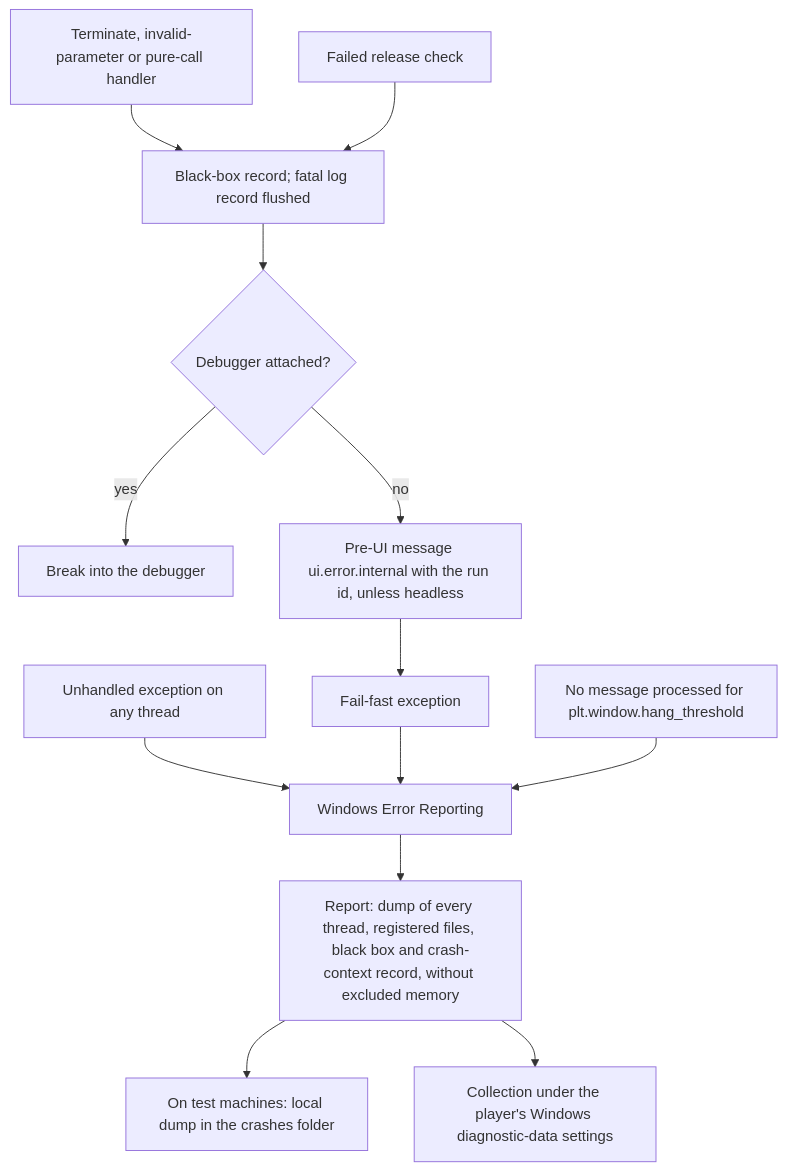
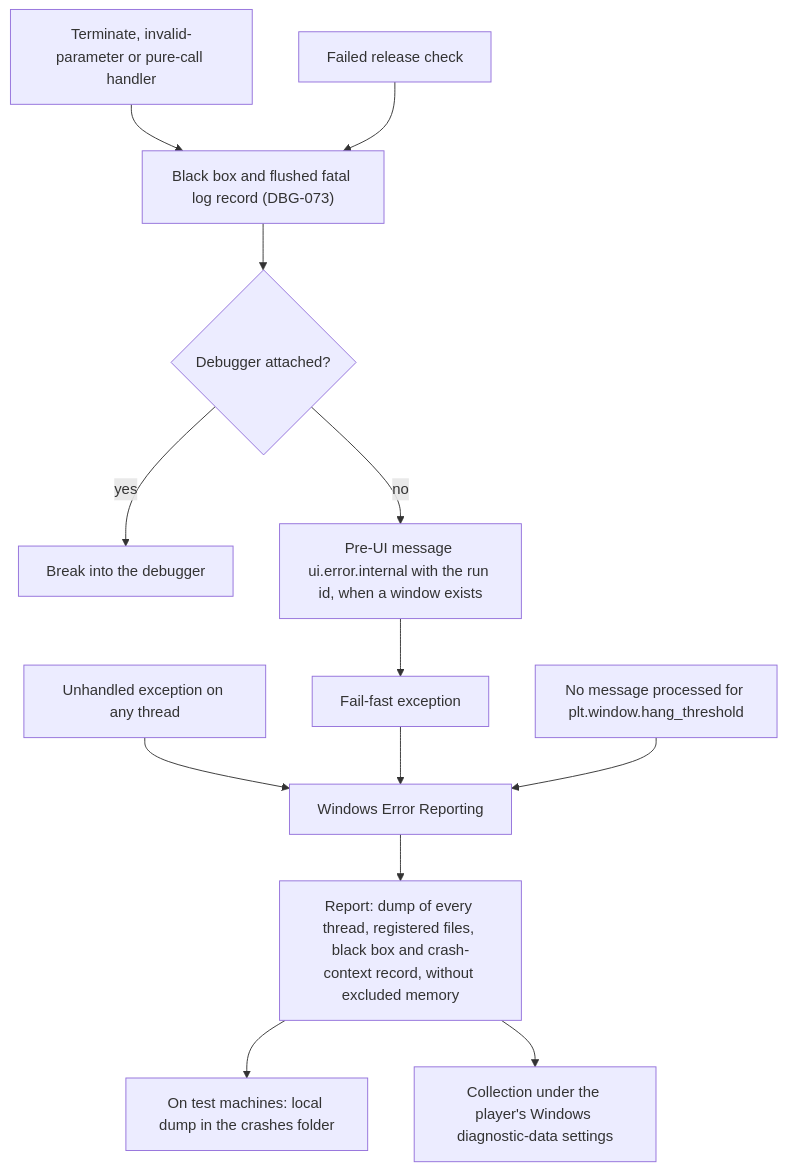
One commit to Zwaliebaba/Species.AI changed the fifth of 5 diagrams in design_next/architecture/components/platform_layer.md. Above: the diagram before and after it, drawn with Mermaid. The commit also changed other lines of this file and 12 other files, not shown here.

````diff
--- a/design_next/architecture/components/platform_layer.md
+++ b/design_next/architecture/components/platform_layer.md
@@ -948,15 +860,15 @@
 ```mermaid
 flowchart TD
   U["Unhandled exception on any thread"] --> WER["Windows Error Reporting"]
-  H["Terminate, invalid-parameter or pure-call handler"] --> R["Black-box record; fatal log record flushed"]
+  H["Terminate, invalid-parameter or pure-call handler"] --> R["Black box and flushed fatal log record (DBG-073)"]
   C["Failed release check"] --> R
   R --> DB{"Debugger attached?"}
   DB -- yes --> BRK["Break into the debugger"]
-  DB -- no --> MSG["Pre-UI message ui.error.internal with the run id, unless headless"]
+  DB -- no --> MSG["Pre-UI message ui.error.internal with the run id, when a window exists"]
   MSG --> FF["Fail-fast exception"]
   FF --> WER
   NR["No message processed for plt.window.hang_threshold"] --> WER
   WER --> REP["Report: dump of every thread, registered files, black box and crash-context record, without excluded memory"]
   REP --> LD["On test machines: local dump in the crashes folder"]
   REP --> COL["Collection under the player's Windows diagnostic-data settings"]
 ```
````
